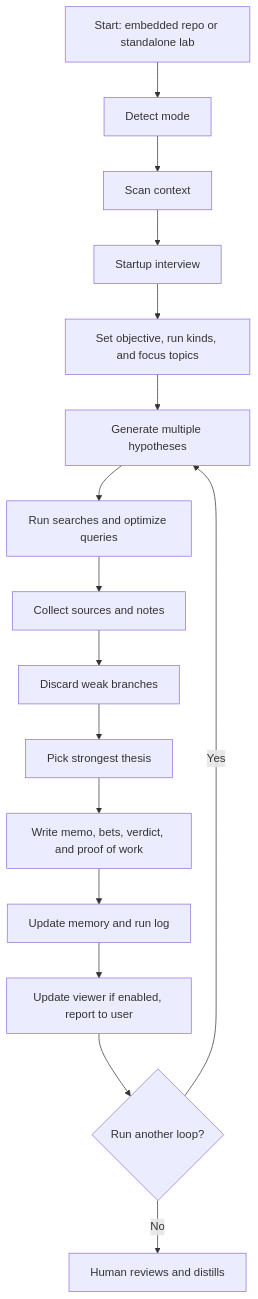
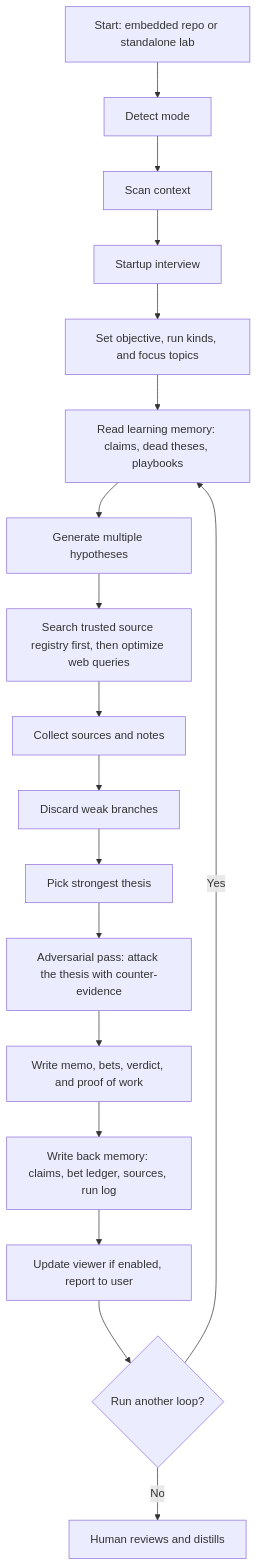
Before and after one commit to sdrth/sia-autoresearch: the diagram in README.md, drawn with Mermaid. The commit also changed other lines of this file and 32 other files, not shown here.

````diff
--- a/README.md
+++ b/README.md
@@ -93,18 +95,20 @@
 ```mermaid
 flowchart TD
     A["Start: embedded repo or standalone lab"] --> B["Detect mode"]
     B --> C["Scan context"]
     C --> D["Startup interview"]
     D --> E["Set objective, run kinds, and focus topics"]
-    E --> F["Generate multiple hypotheses"]
-    F --> G["Run searches and optimize queries"]
+    E --> E2["Read learning memory: claims, dead theses, playbooks"]
+    E2 --> F["Generate multiple hypotheses"]
+    F --> G["Search trusted source registry first, then optimize web queries"]
     G --> H["Collect sources and notes"]
     H --> I["Discard weak branches"]
     I --> J["Pick strongest thesis"]
-    J --> K["Write memo, bets, verdict, and proof of work"]
-    K --> L["Update memory and run log"]
+    J --> J2["Adversarial pass: attack the thesis with counter-evidence"]
+    J2 --> K["Write memo, bets, verdict, and proof of work"]
+    K --> L["Write back memory: claims, bet ledger, sources, run log"]
     L --> M["Update viewer if enabled, report to user"]
     M --> N{"Run another loop?"}
-    N -->|Yes| F
+    N -->|Yes| E2
     N -->|No| O["Human reviews and distills"]
 ```
````
